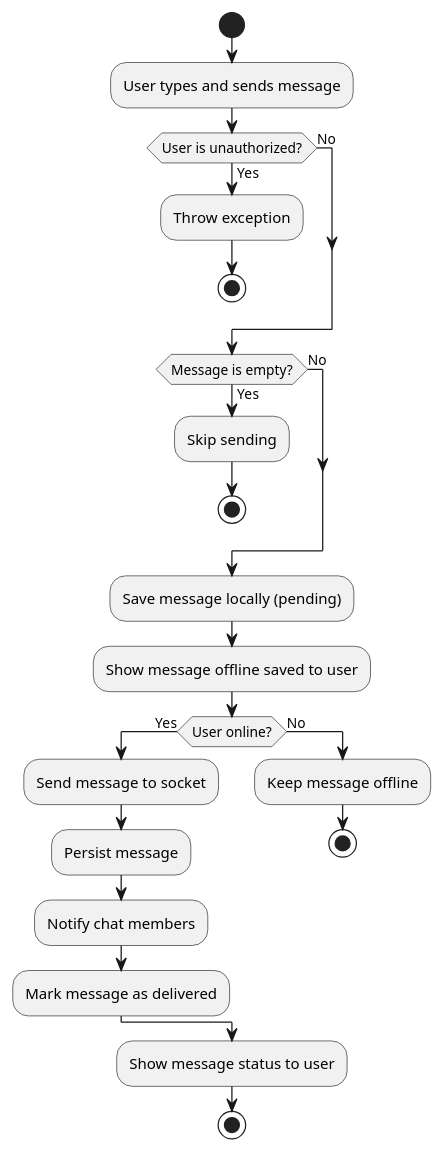
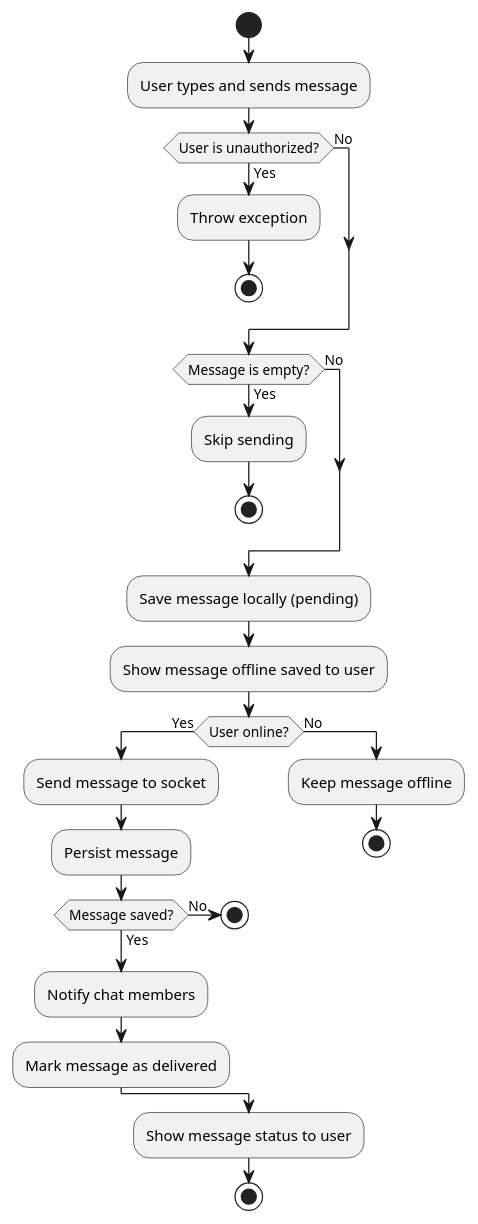
One commit to Roma3214185/Messanger changed the diagram in docs/architecture/activity/send_message_activity.puml. Above: the diagram before and after it, drawn with PlantUML.

Commit message:
Add case if message not saved

```diff
--- a/docs/architecture/activity/send_message_activity.puml
+++ b/docs/architecture/activity/send_message_activity.puml
@@ -1,33 +1,38 @@
 @startuml
 start
 
 :User types and sends message;
 
 if (User is unauthorized?) then (Yes)
   :Throw exception;
   stop
 else (No)
 endif
 
 if (Message is empty?) then (Yes)
   :Skip sending;
   stop
 else (No)
 endif
 
 :Save message locally (pending);
 :Show message offline saved to user;
 
 if (User online?) then (Yes)
   :Send message to socket;
   :Persist message;
+  if (Message saved?) then (No)
+  stop
+  else(Yes)
+  endif
+
   :Notify chat members;
   :Mark message as delivered;
 else (No)
   :Keep message offline;
   stop
 endif
 
 :Show message status to user;
 stop
 @enduml
```
